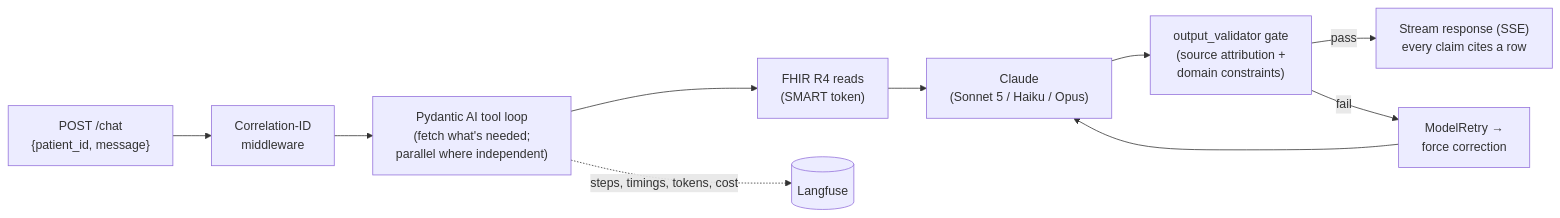
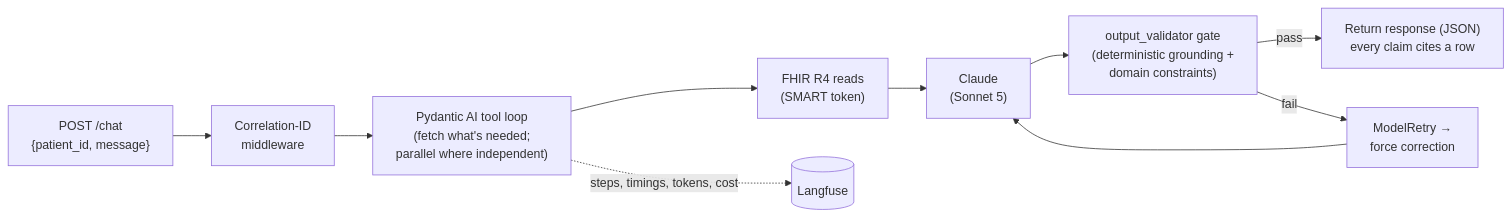
One commit to Josie29/openemr changed the fourth of 4 diagrams in ARCHITECTURE.md. Above: the diagram before and after it, drawn with Mermaid. The commit also changed other lines of this file and 9 other files, not shown here.

````diff
--- a/ARCHITECTURE.md
+++ b/ARCHITECTURE.md
@@ -253,12 +255,12 @@
 ```mermaid
 flowchart LR
     req["POST /chat\n{patient_id, message}"] --> cid["Correlation-ID\nmiddleware"]
     cid --> loop["Pydantic AI tool loop\n(fetch what's needed;\nparallel where independent)"]
     loop --> fhir["FHIR R4 reads\n(SMART token)"]
-    fhir --> llm["Claude\n(Sonnet 5 / Haiku / Opus)"]
-    llm --> gate["output_validator gate\n(source attribution +\ndomain constraints)"]
-    gate -->|pass| sse["Stream response (SSE)\nevery claim cites a row"]
+    fhir --> llm["Claude\n(Sonnet 5)"]
+    llm --> gate["output_validator gate\n(deterministic grounding +\ndomain constraints)"]
+    gate -->|pass| resp["Return response (JSON)\nevery claim cites a row"]
     gate -->|fail| retry["ModelRetry →\nforce correction"]
     retry --> llm
     loop -.->|steps, timings, tokens, cost| obs[("Langfuse")]
 ```
````
